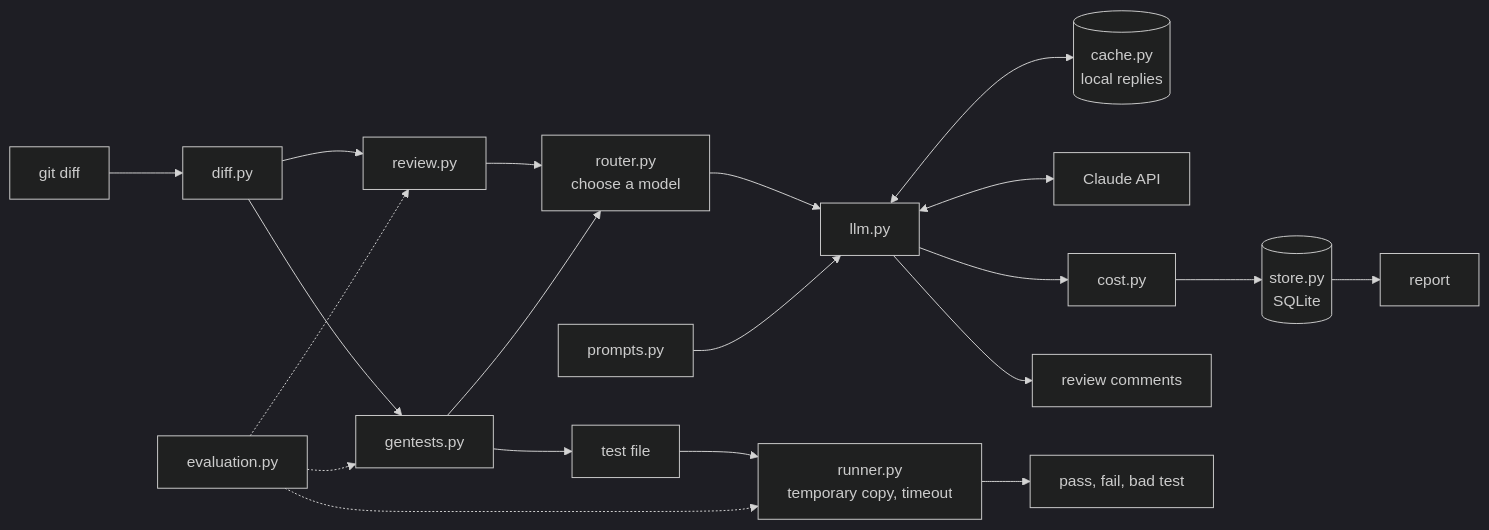
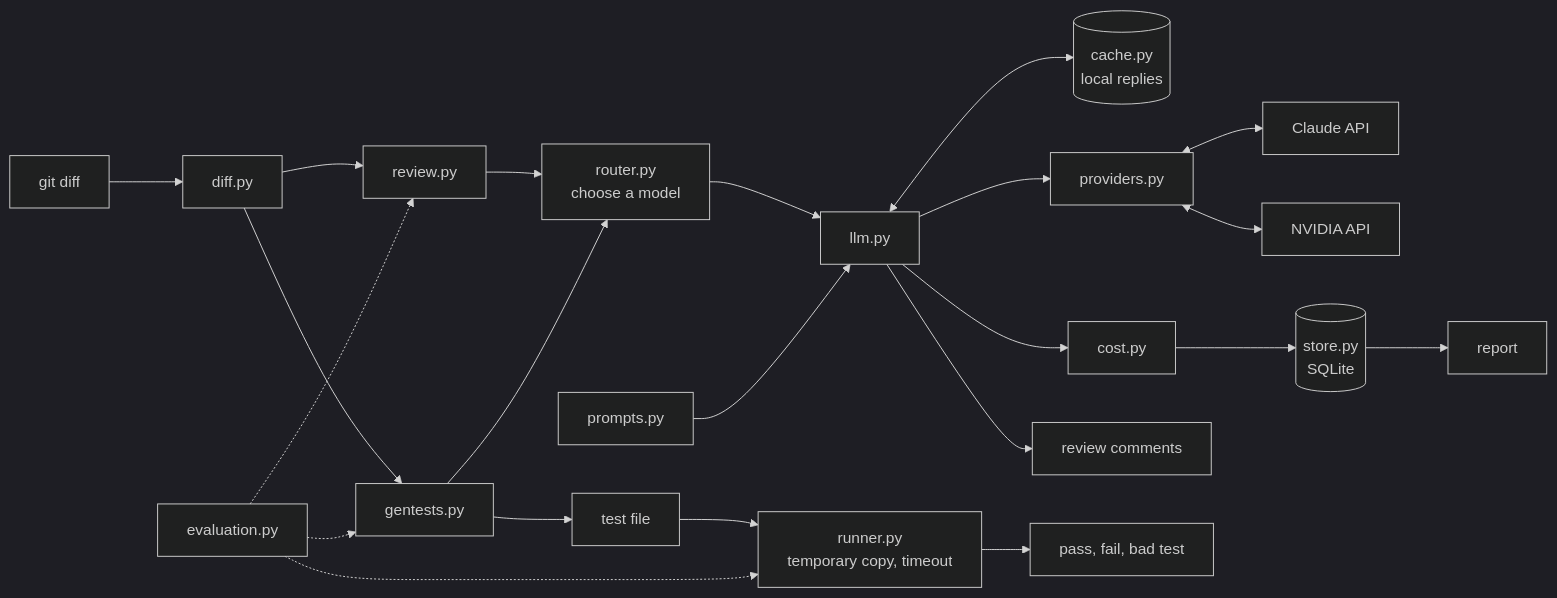
One commit to Vanshaj200/patchpilot changed the diagram in README.md. Above: the diagram before and after it, drawn with Mermaid (dark theme). The commit also changed other lines of this file and 1 other file, not shown here.

Commit message:
docs: describe the NVIDIA provider

````diff
--- a/README.md
+++ b/README.md
@@ -11,19 +12,21 @@
 ```mermaid
 flowchart LR
     diff[git diff] --> parse[diff.py]
     parse --> review[review.py]
     parse --> gentests[gentests.py]
     review --> router[router.py<br/>choose a model]
     gentests --> router
     router --> llm[llm.py]
     prompts[prompts.py] --> llm
     llm <--> cache[(cache.py<br/>local replies)]
-    llm <--> api[Claude API]
+    llm --> providers[providers.py]
+    providers <--> claude[Claude API]
+    providers <--> nvidia[NVIDIA API]
     llm --> cost[cost.py] --> store[(store.py<br/>SQLite)] --> report[report]
     llm --> comments[review comments]
     gentests --> file[test file] --> runner[runner.py<br/>temporary copy, timeout]
     runner --> verdicts[pass, fail, bad test]
     evaluation[evaluation.py] -.-> review
     evaluation -.-> gentests
     evaluation -.-> runner
 ```
````
